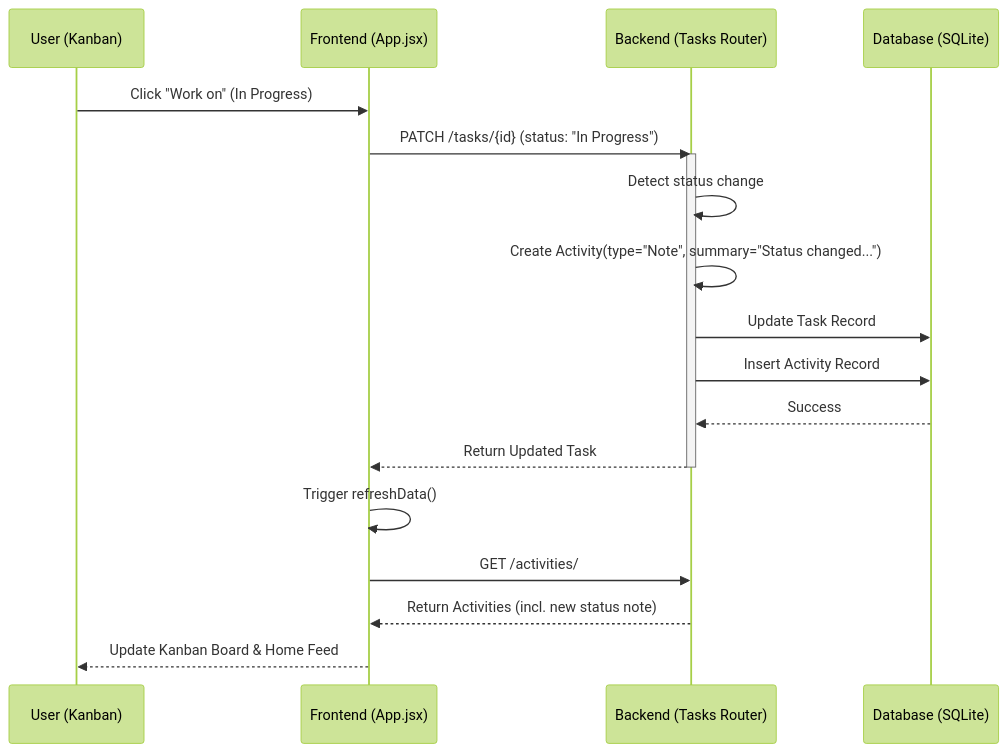
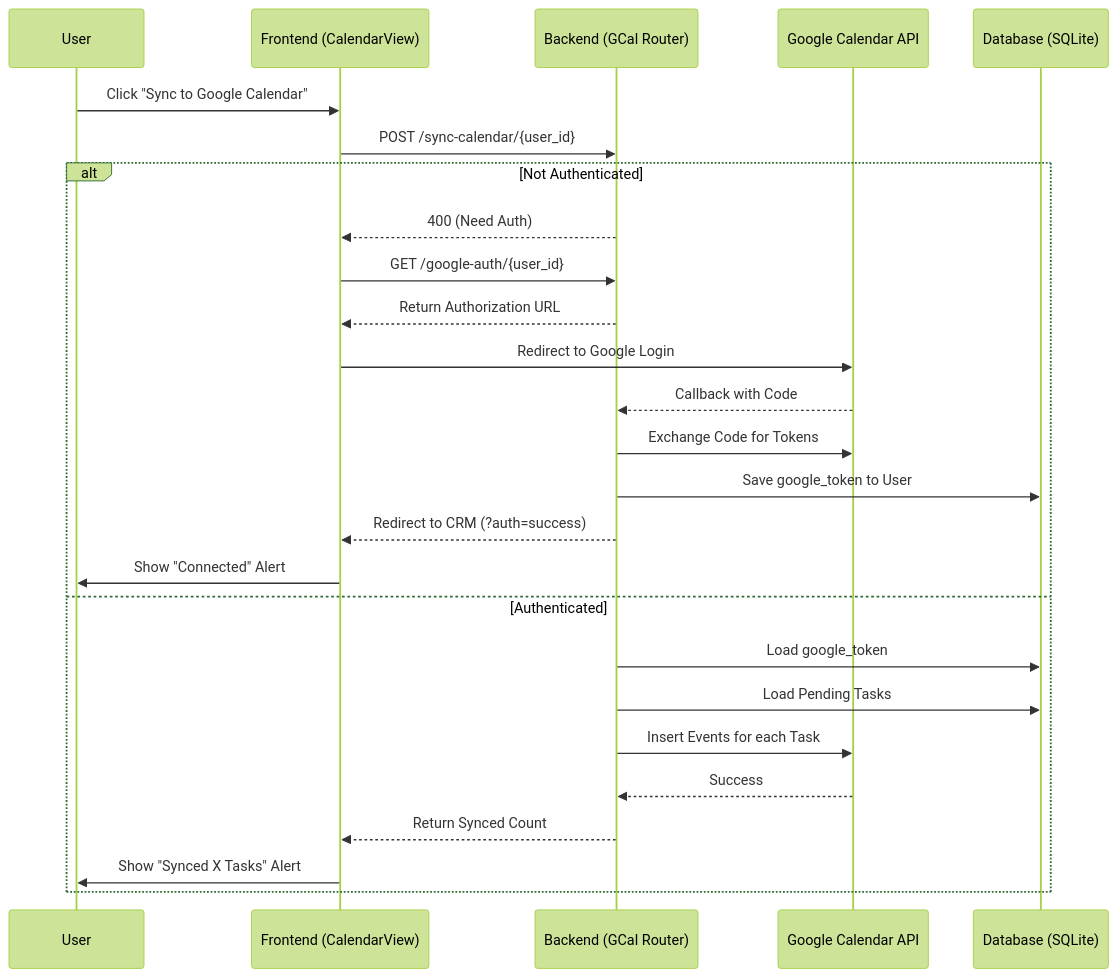
The second of 2 diagrams in crm-poc-architecture.md (UrsushoribilisMusic/crm-poc), drawn with Mermaid (forest theme) before and after one commit. The commit also changed other lines of this file and 3 other files, not shown here.

Commit message:
docs: update architecture and readme for v1.1.0 and initialize Phase 3

````diff
--- a/crm-poc-architecture.md
+++ b/crm-poc-architecture.md
@@ -37,22 +45,29 @@
 ```mermaid
 sequenceDiagram
-    participant User as User (Kanban)
-    participant FE as Frontend (App.jsx)
-    participant BE as Backend (Tasks Router)
+    participant User as User
+    participant FE as Frontend (CalendarView)
+    participant BE as Backend (GCal Router)
+    participant Google as Google Calendar API
     participant DB as Database (SQLite)
 
-    User->>FE: Click "Work on" (In Progress)
-    FE->>BE: PATCH /tasks/{id} (status: "In Progress")
-    activate BE
-    BE->>BE: Detect status change
-    BE->>BE: Create Activity(type="Note", summary="Status changed...")
-    BE->>DB: Update Task Record
-    BE->>DB: Insert Activity Record
-    DB-->>BE: Success
-    BE-->>FE: Return Updated Task
-    deactivate BE
-    FE->>FE: Trigger refreshData()
-    FE->>BE: GET /activities/
-    BE-->>FE: Return Activities (incl. new status note)
-    FE-->>User: Update Kanban Board & Home Feed
+    User->>FE: Click "Sync to Google Calendar"
+    FE->>BE: POST /sync-calendar/{user_id}
+    alt Not Authenticated
+        BE-->>FE: 400 (Need Auth)
+        FE->>BE: GET /google-auth/{user_id}
+        BE-->>FE: Return Authorization URL
+        FE->>Google: Redirect to Google Login
+        Google-->>BE: Callback with Code
+        BE->>Google: Exchange Code for Tokens
+        BE->>DB: Save google_token to User
+        BE-->>FE: Redirect to CRM (?auth=success)
+        FE->>User: Show "Connected" Alert
+    else Authenticated
+        BE->>DB: Load google_token
+        BE->>DB: Load Pending Tasks
+        BE->>Google: Insert Events for each Task
+        Google-->>BE: Success
+        BE-->>FE: Return Synced Count
+        FE->>User: Show "Synced X Tasks" Alert
+    end
 ```
````
